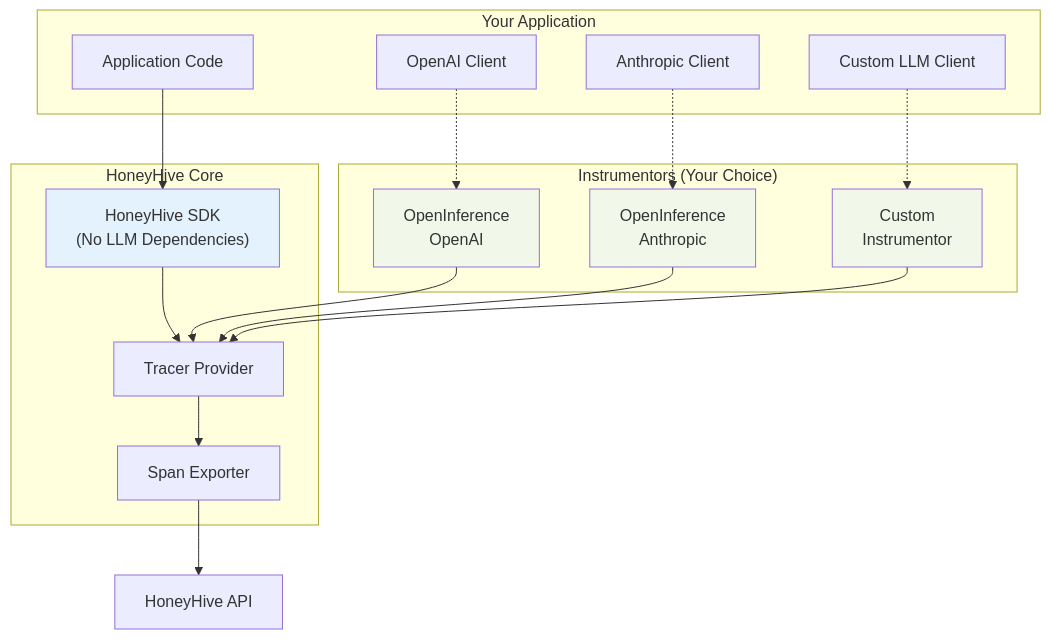
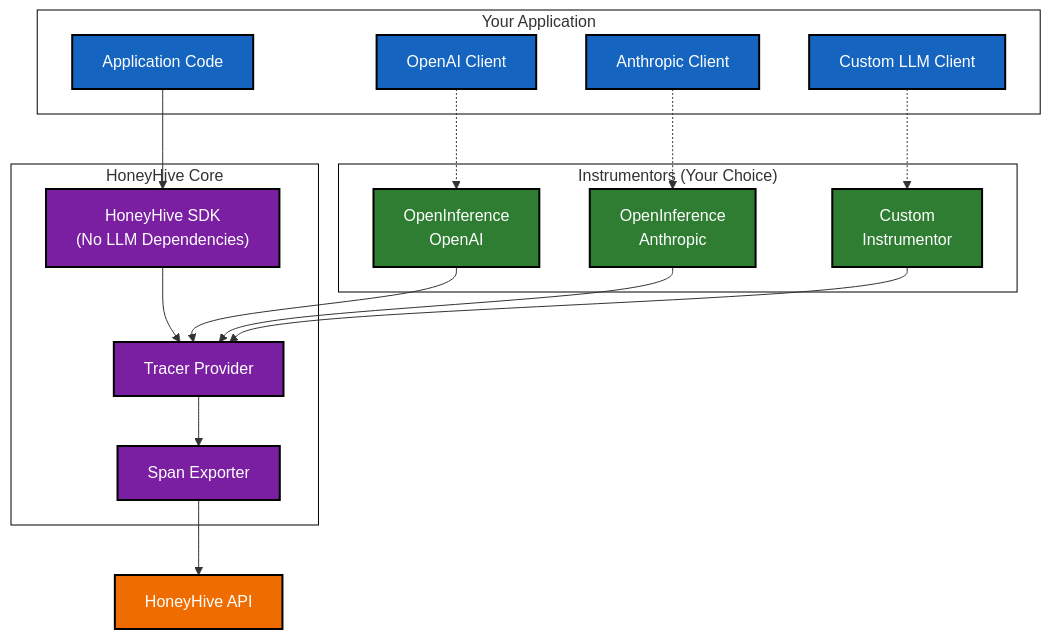
Before and after one commit to honeyhiveai/python-sdk: the second of 15 diagrams in docs/explanation/architecture/diagrams.rst, drawn with Mermaid. The commit also changed other lines of this file and 44 other files, not shown here.

```diff
--- a/docs/explanation/architecture/diagrams.rst
+++ b/docs/explanation/architecture/diagrams.rst
@@ -46,40 +50,46 @@
 .. mermaid::
 
+   %%{init: {'theme':'base', 'themeVariables': {'primaryColor': '#1565c0', 'primaryTextColor': '#ffffff', 'primaryBorderColor': '#000000', 'lineColor': '#333333', 'secondaryColor': '#2e7d32', 'tertiaryColor': '#ef6c00', 'background': 'transparent', 'mainBkg': 'transparent', 'secondBkg': 'transparent', 'nodeBkg': '#1565c0', 'nodeBorder': '#000000', 'clusterBkg': 'transparent', 'clusterBorder': '#000000', 'defaultLinkColor': '#333333', 'titleColor': '#333333', 'edgeLabelBackground': 'transparent', 'nodeTextColor': '#ffffff'}, 'flowchart': {'linkColor': '#333333', 'linkWidth': 2, 'nodeSpacing': 50, 'rankSpacing': 50}}}%%
    graph TD
        subgraph "Your Application"
            Code["Application Code"]
            LLM1["OpenAI Client"]
            LLM2["Anthropic Client"]
            LLM3["Custom LLM Client"]
        end
        
        subgraph "HoneyHive Core"
            Core["HoneyHive SDK<br/>(No LLM Dependencies)"]
            Tracer["Tracer Provider"]
            Exporter["Span Exporter"]
        end
        
        subgraph "Instrumentors (Your Choice)"
            Inst1["OpenInference<br/>OpenAI"]
            Inst2["OpenInference<br/>Anthropic"]
            Inst3["Custom<br/>Instrumentor"]
        end
        
        Code --> Core
        Core --> Tracer
        Tracer --> Exporter
        
        LLM1 -.-> Inst1
        LLM2 -.-> Inst2
        LLM3 -.-> Inst3
        
        Inst1 --> Tracer
        Inst2 --> Tracer
        Inst3 --> Tracer
        
        Exporter --> API["HoneyHive API"]
        
-       style Core fill:#e3f2fd
-       style Inst1 fill:#f1f8e9
-       style Inst2 fill:#f1f8e9
-       style Inst3 fill:#f1f8e9
+       classDef appClass fill:#1565c0,stroke:#000000,stroke-width:2px,color:#ffffff
+       classDef coreClass fill:#7b1fa2,stroke:#000000,stroke-width:2px,color:#ffffff
+       classDef instClass fill:#2e7d32,stroke:#000000,stroke-width:2px,color:#ffffff
+       classDef apiClass fill:#ef6c00,stroke:#000000,stroke-width:2px,color:#ffffff
+       
+       class Code,LLM1,LLM2,LLM3 appClass
+       class Core,Tracer,Exporter coreClass
+       class Inst1,Inst2,Inst3 instClass
+       class API apiClass
```
